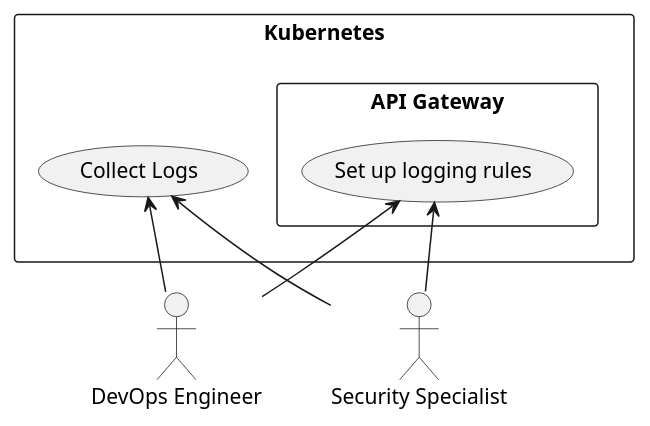
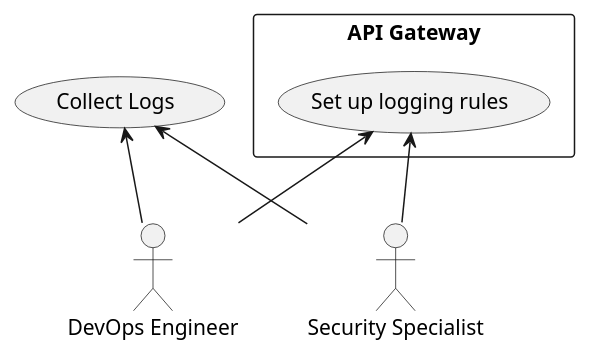
Before and after one commit to fanglores/Advanced-Software-Design: the diagram in General/UseCases/puml/3_uc_logging.puml, drawn with PlantUML. The commit also changed 10 other files, not shown here.

```diff
--- a/General/UseCases/puml/3_uc_logging.puml
+++ b/General/UseCases/puml/3_uc_logging.puml
@@ -1,18 +1,16 @@
 @startuml
 
 actor "DevOps Engineer" as devops
 actor "Security Specialist" as security
 
-rectangle "Kubernetes" as K8s {
-  rectangle "API Gateway" as System {
-    usecase "Set up logging rules" as uc1
-  }
-  usecase "Collect Logs" as uc2
+rectangle "API Gateway" as System {
+  usecase "Set up logging rules" as uc1
 }
+usecase "Collect Logs" as uc2
 
 uc1 <-- security
 uc2 <-- security
 uc1 <-- devops
 uc2 <-- devops
 
 @enduml
```
